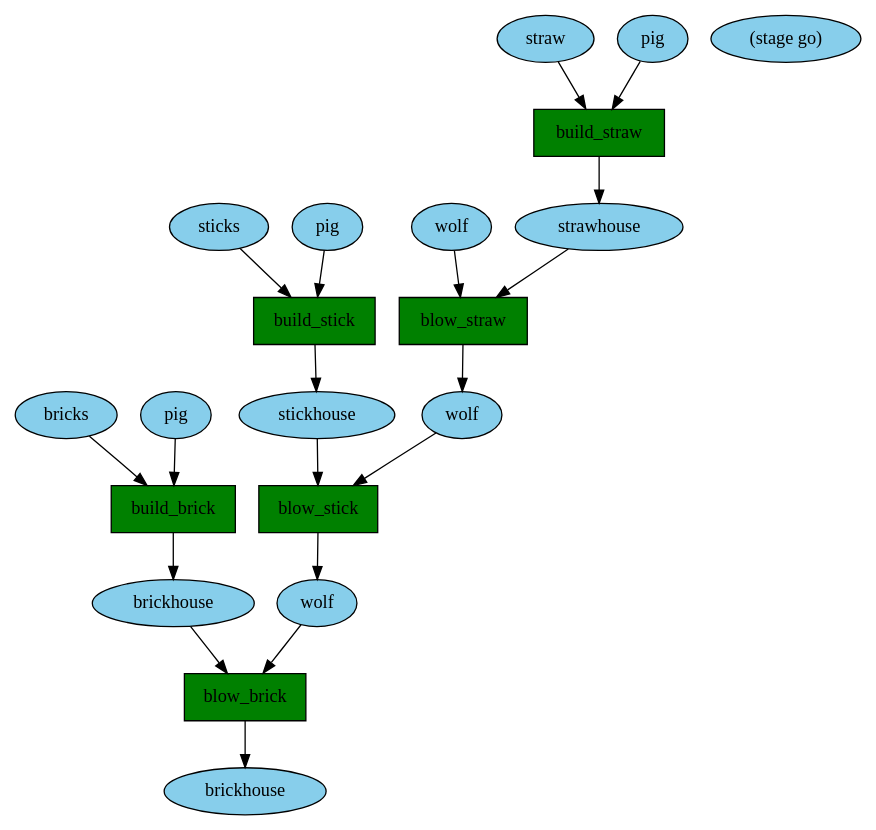
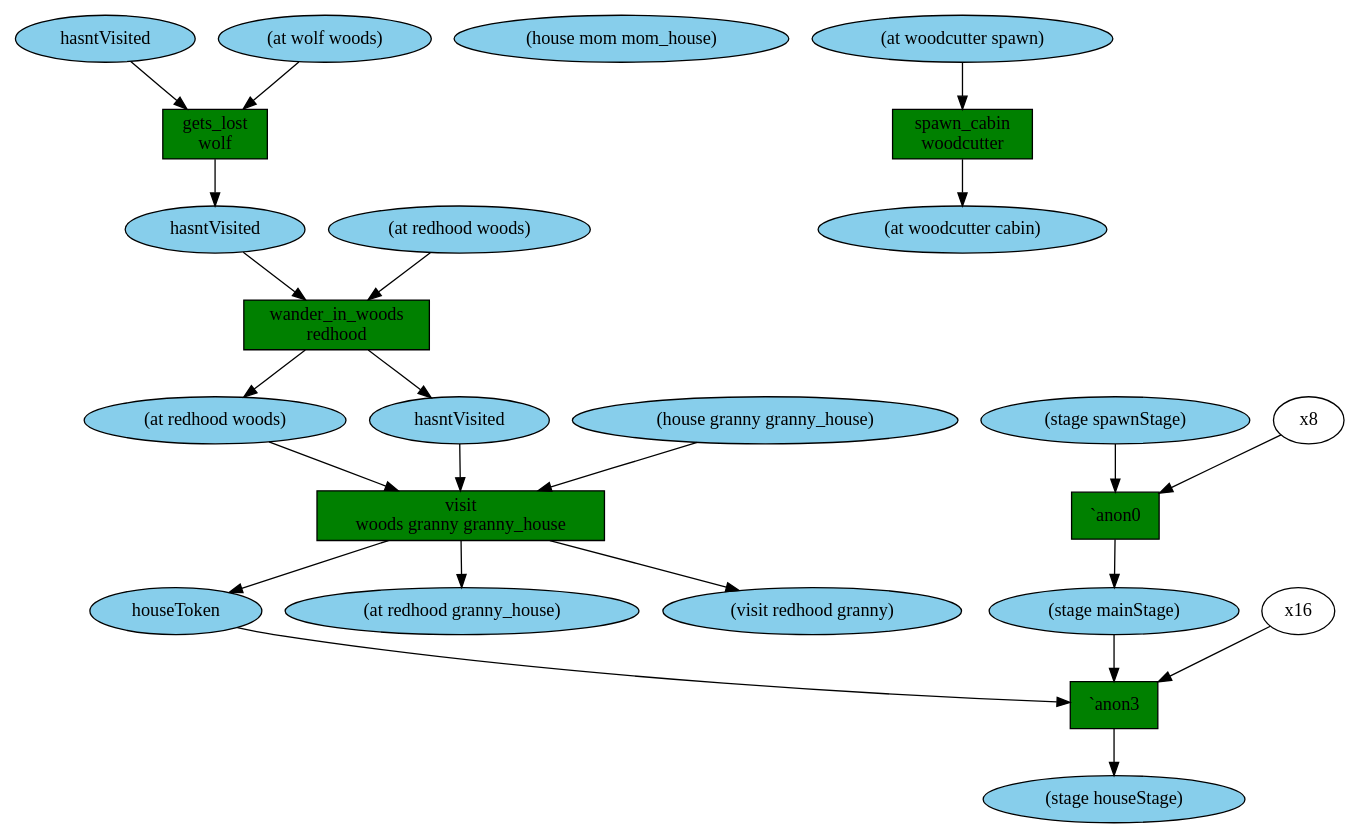
Before and after one commit to JulianDeclercq/Serious-Games-Thesis: the diagram in Thesis/Assets/StreamingAssets/Ceptre/trace.dot, drawn with Graphviz. The commit also changed 15 other files, not shown here.

```diff
--- a/Thesis/Assets/StreamingAssets/Ceptre/trace.dot
+++ b/Thesis/Assets/StreamingAssets/Ceptre/trace.dot
@@ -1,40 +1,46 @@
 digraph {
-x7 [style=filled,fillcolor=skyblue,label="bricks"];
-x6 [style=filled,fillcolor=skyblue,label="sticks"];
-x5 [style=filled,fillcolor=skyblue,label="straw"];
-x4 [style=filled,fillcolor=skyblue,label="wolf"];
-x3 [style=filled,fillcolor=skyblue,label="pig"];
-x2 [style=filled,fillcolor=skyblue,label="pig"];
-x1 [style=filled,fillcolor=skyblue,label="pig"];
-x0 [style=filled,fillcolor=skyblue,label="(stage go)"];
-t0 [shape=box,style=filled,fillcolor=green,label="build_brick\n"];
-x8 [style=filled,fillcolor=skyblue,label="brickhouse"];
-x1 -> t0;
-x7 -> t0;
-t0 -> x8;
-t1 [shape=box,style=filled,fillcolor=green,label="build_stick\n"];
-x9 [style=filled,fillcolor=skyblue,label="stickhouse"];
-x2 -> t1;
-x6 -> t1;
+x6 [style=filled,fillcolor=skyblue,label="hasntVisited"];
+x5 [style=filled,fillcolor=skyblue,label="(house mom mom_house)"];
+x4 [style=filled,fillcolor=skyblue,label="(house granny granny_house)"];
+x3 [style=filled,fillcolor=skyblue,label="(at woodcutter spawn)"];
+x2 [style=filled,fillcolor=skyblue,label="(at wolf woods)"];
+x1 [style=filled,fillcolor=skyblue,label="(at redhood woods)"];
+x0 [style=filled,fillcolor=skyblue,label="(stage spawnStage)"];
+t0 [shape=box,style=filled,fillcolor=green,label="spawn_cabin\nwoodcutter"];
+x7 [style=filled,fillcolor=skyblue,label="(at woodcutter cabin)"];
+x3 -> t0;
+t0 -> x7;
+t1 [shape=box,style=filled,fillcolor=green,label="`anon0\n"];
+x9 [style=filled,fillcolor=skyblue,label="(stage mainStage)"];
+x0 -> t1;
+x8 -> t1;
 t1 -> x9;
-t2 [shape=box,style=filled,fillcolor=green,label="build_straw\n"];
-x10 [style=filled,fillcolor=skyblue,label="strawhouse"];
-x3 -> t2;
-x5 -> t2;
+t2 [shape=box,style=filled,fillcolor=green,label="gets_lost\nwolf"];
+x10 [style=filled,fillcolor=skyblue,label="hasntVisited"];
+x6 -> t2;
+x2 -> t2;
 t2 -> x10;
-t3 [shape=box,style=filled,fillcolor=green,label="blow_straw\n"];
-x11 [style=filled,fillcolor=skyblue,label="wolf"];
-x4 -> t3;
+t3 [shape=box,style=filled,fillcolor=green,label="wander_in_woods\nredhood"];
+x12 [style=filled,fillcolor=skyblue,label="(at redhood woods)"];
+x11 [style=filled,fillcolor=skyblue,label="hasntVisited"];
 x10 -> t3;
+x1 -> t3;
+t3 -> x12;
 t3 -> x11;
-t4 [shape=box,style=filled,fillcolor=green,label="blow_stick\n"];
-x12 [style=filled,fillcolor=skyblue,label="wolf"];
+t4 [shape=box,style=filled,fillcolor=green,label="visit\nwoods granny granny_house"];
+x15 [style=filled,fillcolor=skyblue,label="houseToken"];
+x14 [style=filled,fillcolor=skyblue,label="(at redhood granny_house)"];
+x13 [style=filled,fillcolor=skyblue,label="(visit redhood granny)"];
 x11 -> t4;
-x9 -> t4;
-t4 -> x12;
-t5 [shape=box,style=filled,fillcolor=green,label="blow_brick\n"];
-x13 [style=filled,fillcolor=skyblue,label="brickhouse"];
-x12 -> t5;
-x8 -> t5;
-t5 -> x13;
+x12 -> t4;
+x4 -> t4;
+t4 -> x15;
+t4 -> x14;
+t4 -> x13;
+t5 [shape=box,style=filled,fillcolor=green,label="`anon3\n"];
+x17 [style=filled,fillcolor=skyblue,label="(stage houseStage)"];
+x9 -> t5;
+x16 -> t5;
+x15 -> t5;
+t5 -> x17;
 }
```
